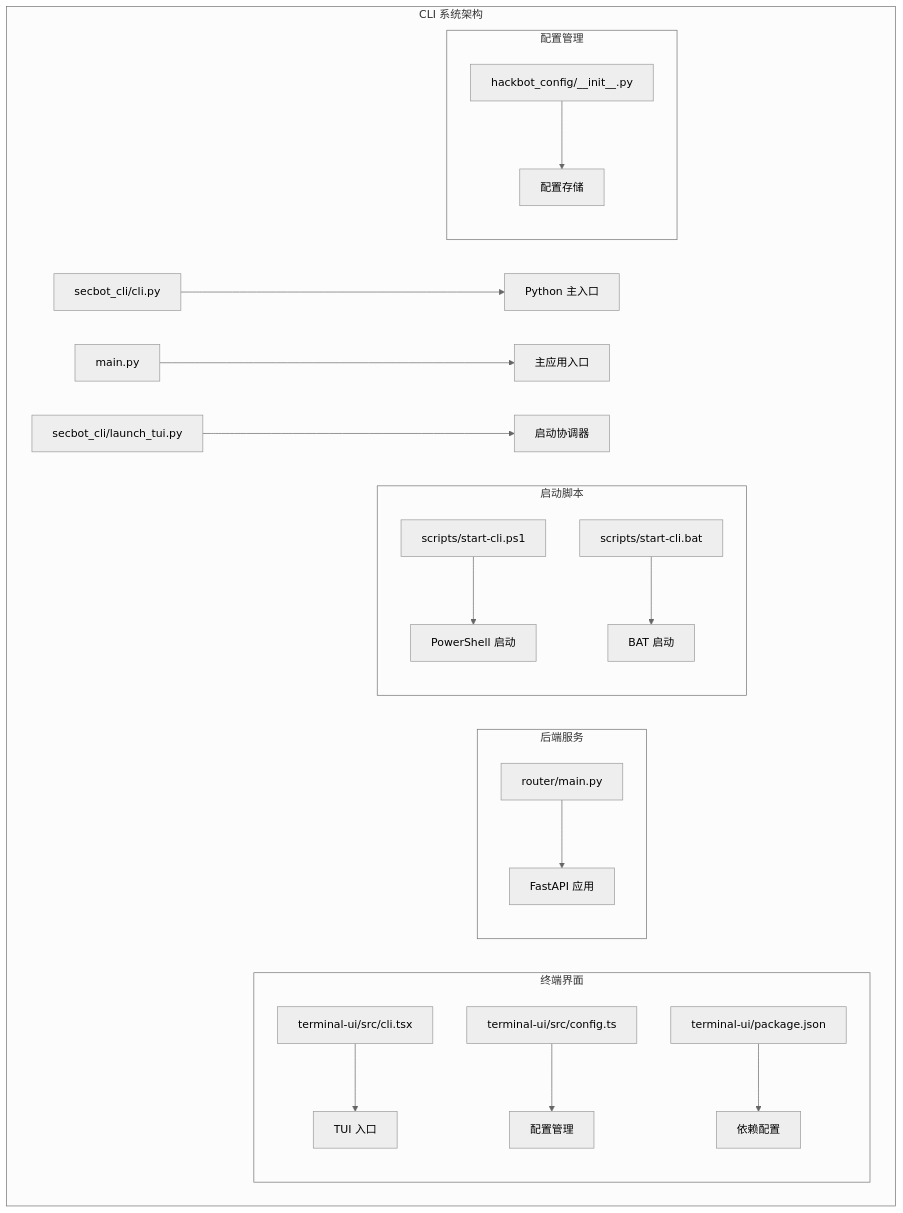
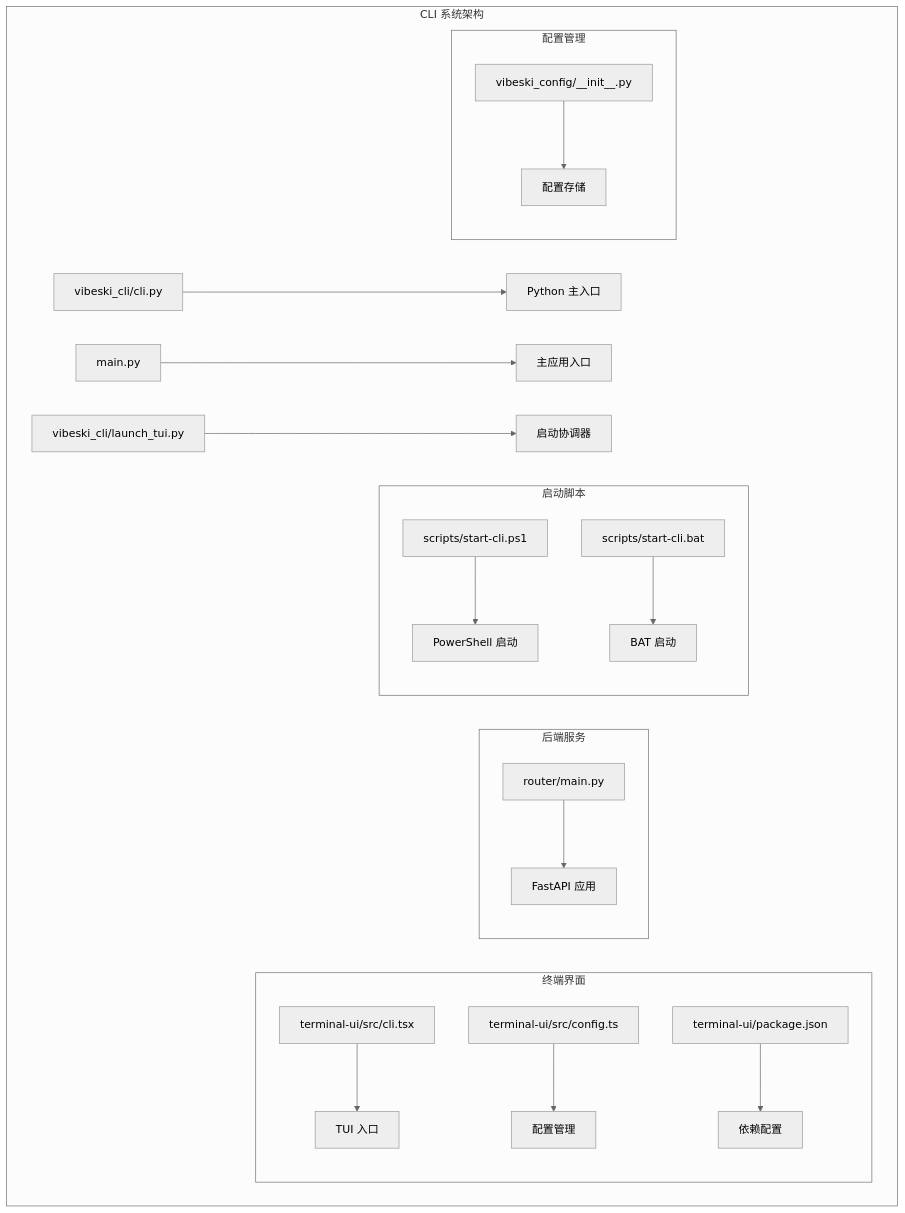
One commit to crabin/VIBESKI changed the first of 8 diagrams in .qoder/repowiki/zh/content/Cli System.md. Above: the diagram before and after it, drawn with Mermaid (neutral theme). The commit also changed other lines of this file and 170 other files, not shown here.

Commit message:
chore: rename all secbot/hackbot identifiers to vibeski

````diff
--- a/.qoder/repowiki/zh/content/Cli System.md
+++ b/.qoder/repowiki/zh/content/Cli System.md
@@ -55,23 +55,23 @@
 ```mermaid
 graph TB
 subgraph "CLI 系统架构"
-A[secbot_cli/cli.py] --> B[Python 主入口]
+A[vibeski_cli/cli.py] --> B[Python 主入口]
 C[main.py] --> D[主应用入口]
-E[secbot_cli/launch_tui.py] --> F[启动协调器]
+E[vibeski_cli/launch_tui.py] --> F[启动协调器]
 subgraph "终端界面"
 G[terminal-ui/src/cli.tsx] --> H[TUI 入口]
 I[terminal-ui/src/config.ts] --> J[配置管理]
 K[terminal-ui/package.json] --> L[依赖配置]
 end
 subgraph "后端服务"
 M[router/main.py] --> N[FastAPI 应用]
 end
 subgraph "启动脚本"
 O[scripts/start-cli.ps1] --> P[PowerShell 启动]
 Q[scripts/start-cli.bat] --> R[BAT 启动]
 end
 subgraph "配置管理"
-S[hackbot_config/__init__.py] --> T[配置存储]
+S[vibeski_config/__init__.py] --> T[配置存储]
 end
 end
 ```
````
